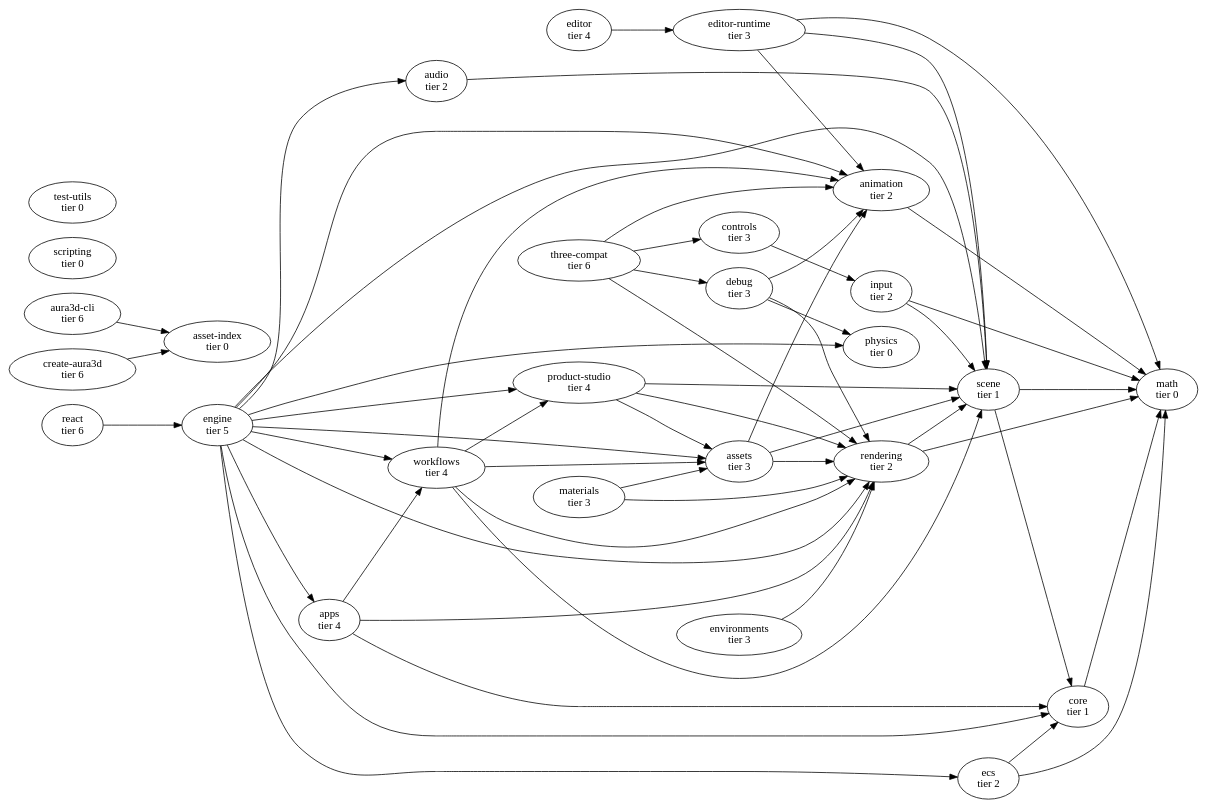
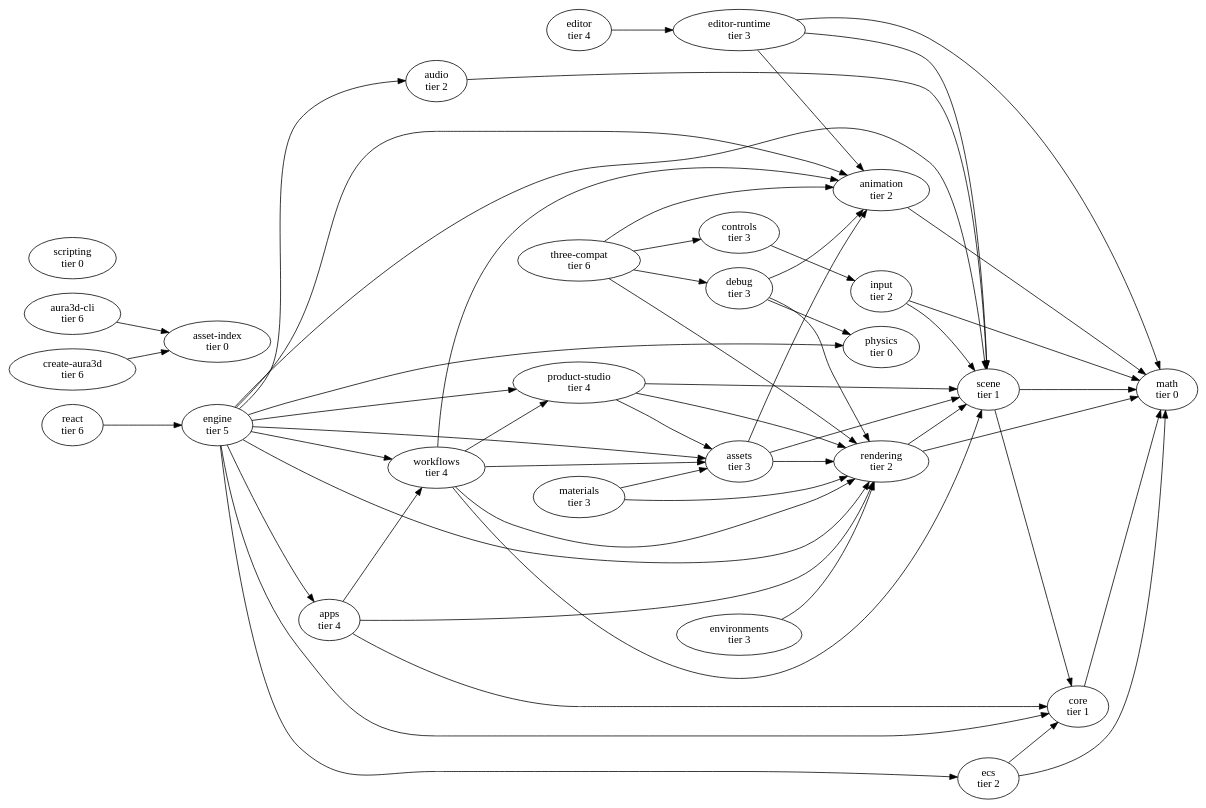
One commit to auraoneai/aura3d changed the diagram in docs/architecture/package-graph.dot. Above: the diagram before and after it, drawn with Graphviz. The commit also changed 23 other files, not shown here.

```diff
--- a/docs/architecture/package-graph.dot
+++ b/docs/architecture/package-graph.dot
@@ -1,84 +1,83 @@
 digraph aura3d {
   rankdir=LR;
   "animation" [label="animation\ntier 2"];
   "animation" -> "math";
   "apps" [label="apps\ntier 4"];
   "apps" -> "core";
   "apps" -> "rendering";
   "apps" -> "workflows";
   "asset-index" [label="asset-index\ntier 0"];
   "assets" [label="assets\ntier 3"];
   "assets" -> "animation";
   "assets" -> "rendering";
   "assets" -> "scene";
   "audio" [label="audio\ntier 2"];
   "audio" -> "scene";
   "aura3d-cli" [label="aura3d-cli\ntier 6"];
   "aura3d-cli" -> "asset-index";
   "controls" [label="controls\ntier 3"];
   "controls" -> "input";
   "core" [label="core\ntier 1"];
   "core" -> "math";
   "create-aura3d" [label="create-aura3d\ntier 6"];
   "create-aura3d" -> "asset-index";
   "debug" [label="debug\ntier 3"];
   "debug" -> "animation";
   "debug" -> "physics";
   "debug" -> "rendering";
   "ecs" [label="ecs\ntier 2"];
   "ecs" -> "core";
   "ecs" -> "math";
   "editor" [label="editor\ntier 4"];
   "editor" -> "editor-runtime";
   "editor-runtime" [label="editor-runtime\ntier 3"];
   "editor-runtime" -> "animation";
   "editor-runtime" -> "math";
   "editor-runtime" -> "scene";
   "engine" [label="engine\ntier 5"];
   "engine" -> "animation";
   "engine" -> "apps";
   "engine" -> "assets";
   "engine" -> "audio";
   "engine" -> "core";
   "engine" -> "ecs";
   "engine" -> "physics";
   "engine" -> "product-studio";
   "engine" -> "rendering";
   "engine" -> "scene";
   "engine" -> "workflows";
   "environments" [label="environments\ntier 3"];
   "environments" -> "rendering";
   "input" [label="input\ntier 2"];
   "input" -> "math";
   "input" -> "scene";
   "materials" [label="materials\ntier 3"];
   "materials" -> "assets";
   "materials" -> "rendering";
   "math" [label="math\ntier 0"];
   "physics" [label="physics\ntier 0"];
   "product-studio" [label="product-studio\ntier 4"];
   "product-studio" -> "assets";
   "product-studio" -> "rendering";
   "product-studio" -> "scene";
   "react" [label="react\ntier 6"];
   "react" -> "engine";
   "rendering" [label="rendering\ntier 2"];
   "rendering" -> "math";
   "rendering" -> "scene";
   "scene" [label="scene\ntier 1"];
   "scene" -> "core";
   "scene" -> "math";
   "scripting" [label="scripting\ntier 0"];
-  "test-utils" [label="test-utils\ntier 0"];
   "three-compat" [label="three-compat\ntier 6"];
   "three-compat" -> "animation";
   "three-compat" -> "controls";
   "three-compat" -> "debug";
   "three-compat" -> "rendering";
   "workflows" [label="workflows\ntier 4"];
   "workflows" -> "animation";
   "workflows" -> "assets";
   "workflows" -> "product-studio";
   "workflows" -> "rendering";
   "workflows" -> "scene";
 }
```
